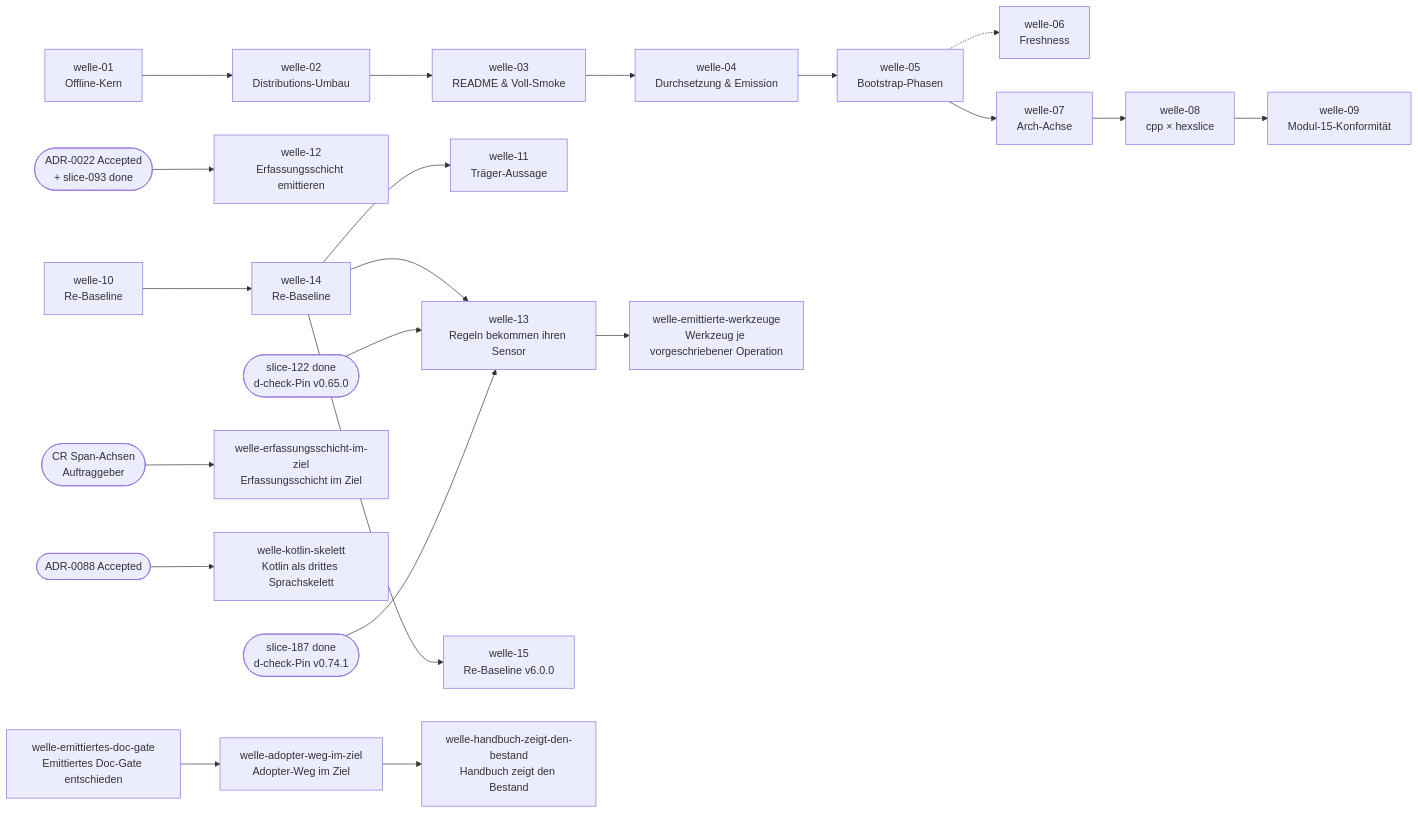
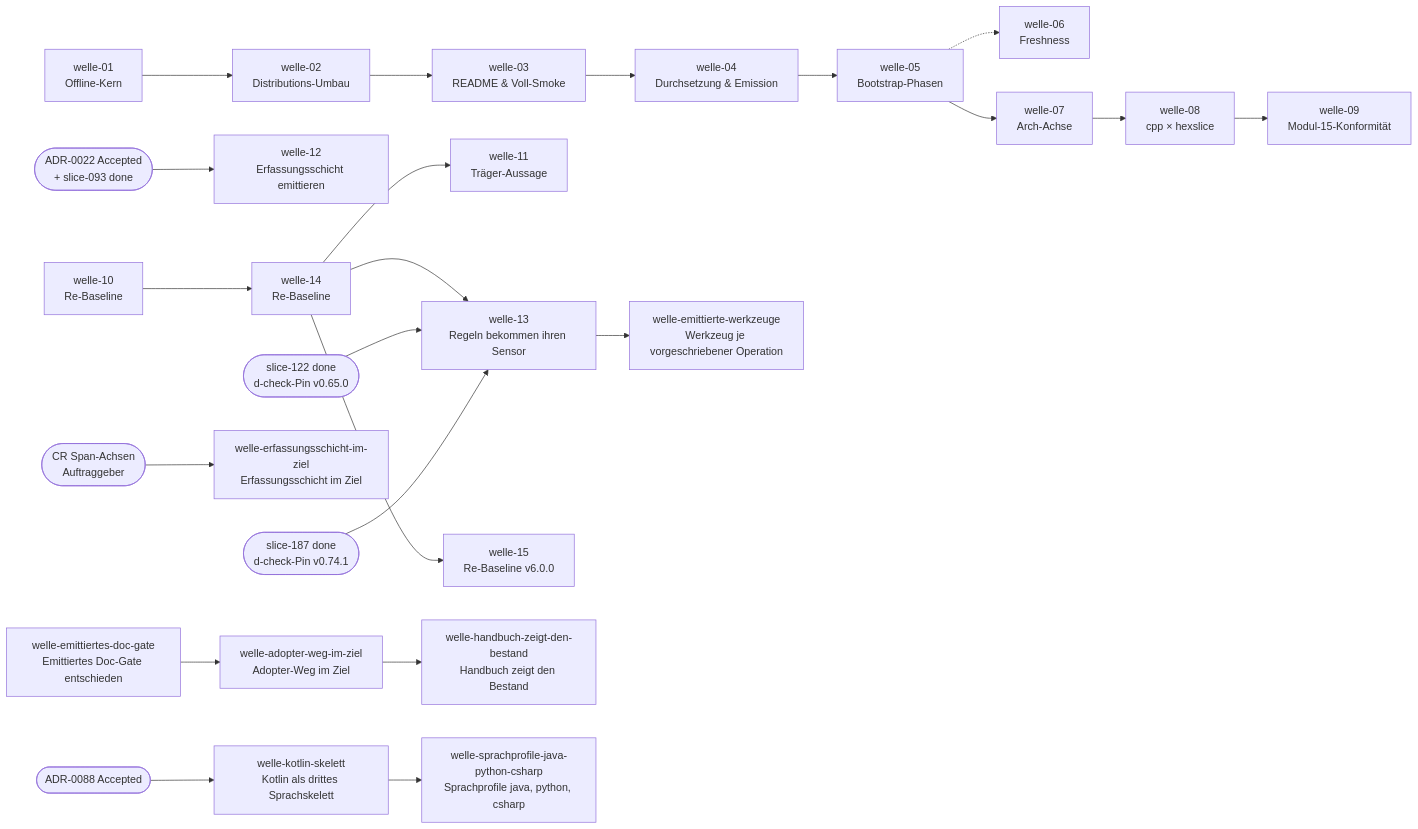
The diagram in docs/plan/planning/in-progress/roadmap.md (pt9912/ai-harness-init), drawn with Mermaid before and after one commit. The commit also changed other lines of this file and 4 other files, not shown here.

First line of the commit message:
Rolle Planner: welle-sprachprofile-java-python-csharp eroeffnet, drei Slice-Plaene in open/, welle-spezifikations-festlegungen als Vorschau-Zeile (LH-FA-04)

````diff
--- a/docs/plan/planning/in-progress/roadmap.md
+++ b/docs/plan/planning/in-progress/roadmap.md
@@ -68,39 +70,41 @@
 ```mermaid
 flowchart LR
     W1[welle-01<br/>Offline-Kern]
     W2[welle-02<br/>Distributions-Umbau]
     W3[welle-03<br/>README & Voll-Smoke]
     W4[welle-04<br/>Durchsetzung & Emission]
     W5[welle-05<br/>Bootstrap-Phasen]
     W6[welle-06<br/>Freshness]
     W7[welle-07<br/>Arch-Achse]
     W8[welle-08<br/>cpp × hexslice]
     W9[welle-09<br/>Modul-15-Konformität]
     W10[welle-10<br/>Re-Baseline]
     W11[welle-11<br/>Träger-Aussage]
     W12[welle-12<br/>Erfassungsschicht emittieren]
     W13[welle-13<br/>Regeln bekommen ihren Sensor]
     W14[welle-14<br/>Re-Baseline]
     W15[welle-15<br/>Re-Baseline v6.0.0]
     W16[welle-emittierte-werkzeuge<br/>Werkzeug je vorgeschriebener Operation]
     W17[welle-emittiertes-doc-gate<br/>Emittiertes Doc-Gate entschieden]
     W18[welle-adopter-weg-im-ziel<br/>Adopter-Weg im Ziel]
     W19[welle-erfassungsschicht-im-ziel<br/>Erfassungsschicht im Ziel]
     W20[welle-handbuch-zeigt-den-bestand<br/>Handbuch zeigt den Bestand]
     W21[welle-kotlin-skelett<br/>Kotlin als drittes Sprachskelett]
     W1 --> W2 --> W3 --> W4 --> W5
     W5 -.-> W6
     W5 --> W7 --> W8
     W8 --> W9
     W10 --> W14
     W14 --> W11
     W14 --> W13
     W14 --> W15
     W13 --> W16
     W17 --> W18 --> W20
     CR([CR Span-Achsen<br/>Auftraggeber]) --> W19
     S122([slice-122 done<br/>d-check-Pin v0.65.0]) --> W13
     S187([slice-187 done<br/>d-check-Pin v0.74.1]) --> W13
     A0022([ADR-0022 Accepted<br/>+ slice-093 done]) --> W12
     A0088([ADR-0088 Accepted]) --> W21
+    W22[welle-sprachprofile-java-python-csharp<br/>Sprachprofile java, python, csharp]
+    W21 --> W22
 ```
````
